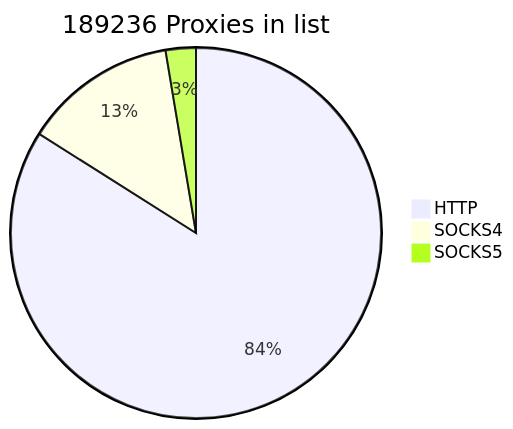
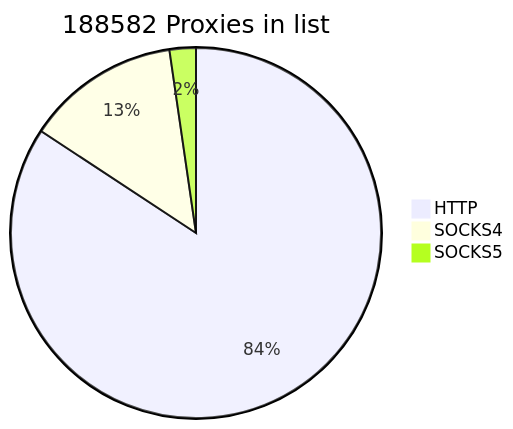
One commit to cutipu/proxylist changed the first of 2 diagrams in README.md. Above: the diagram before and after it, drawn with Mermaid. The commit also changed other lines of this file, not shown here.

````diff
--- a/README.md
+++ b/README.md
@@ -2,7 +2,7 @@
 ```mermaid
-pie title 189236 Proxies in list
+pie title 188582 Proxies in list
     "HTTP" : 158903
     "SOCKS4" : 25345
-    "SOCKS5" : 4988
+    "SOCKS5" : 4334
             
 ```
````
